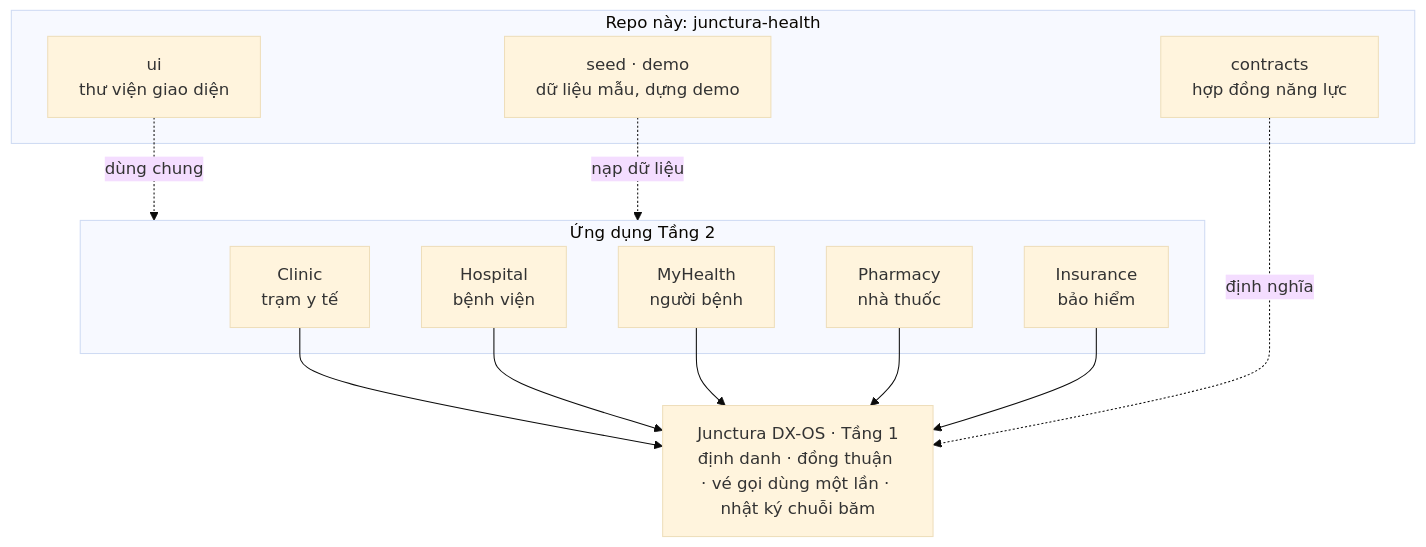
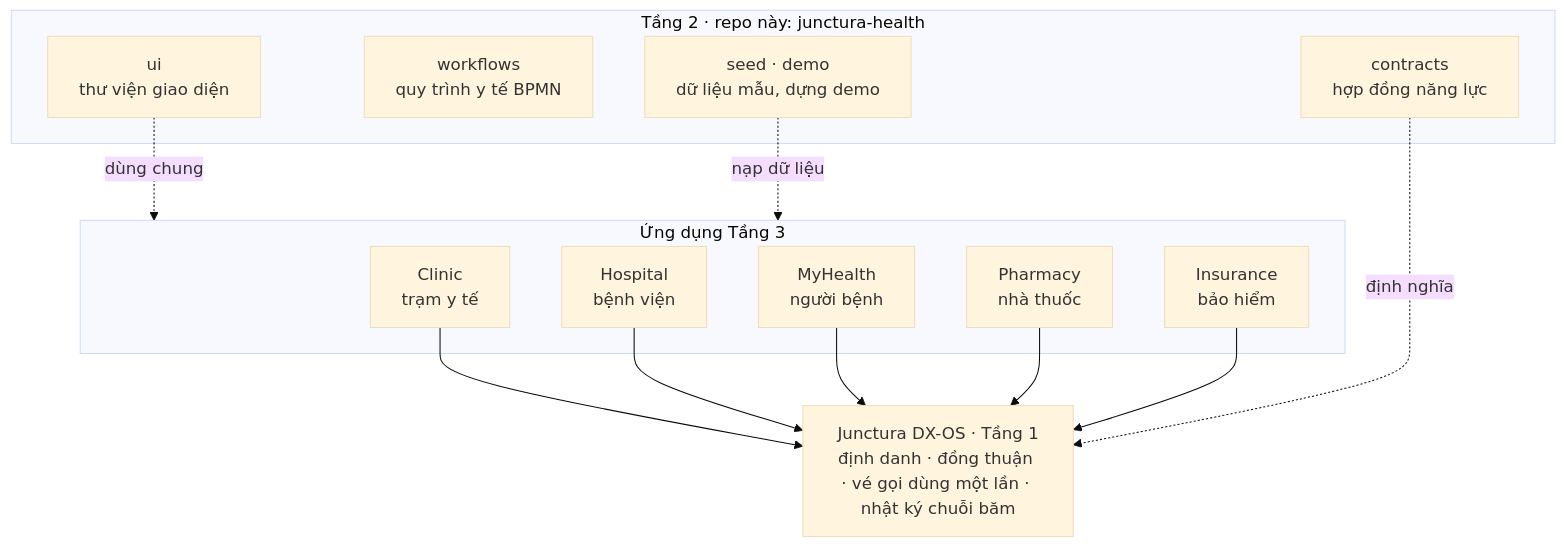
The first of 2 diagrams in README.md (vku2-open-source-2026/junctura-health), drawn with Mermaid (base theme) before and after one commit. The commit also changed other lines of this file and 11 other files, not shown here.

First line of the commit message:
docs: adopt the three-layer model and add shared medical workflows

````diff
--- a/README.md
+++ b/README.md
@@ -56,23 +57,24 @@
 ```mermaid
 flowchart TB
-  subgraph APPS["Ứng dụng Tầng 2"]
+  subgraph APPS["Ứng dụng Tầng 3"]
     CL["Clinic<br/>trạm y tế"]
     HO["Hospital<br/>bệnh viện"]
     MH["MyHealth<br/>người bệnh"]
     PH["Pharmacy<br/>nhà thuốc"]
     IN["Insurance<br/>bảo hiểm"]
   end
 
-  subgraph SHARED["Repo này: junctura-health"]
+  subgraph SHARED["Tầng 2 · repo này: junctura-health"]
     CT["contracts<br/>hợp đồng năng lực"]
+    WF["workflows<br/>quy trình y tế BPMN"]
     UI["ui<br/>thư viện giao diện"]
     SD["seed · demo<br/>dữ liệu mẫu, dựng demo"]
   end
 
   J["Junctura DX-OS · Tầng 1<br/>định danh · đồng thuận · vé gọi dùng một lần · nhật ký chuỗi băm"]
 
   CL & HO & MH & PH & IN --> J
   CT -. định nghĩa .-> J
   UI -. dùng chung .-> APPS
   SD -. nạp dữ liệu .-> APPS
 ```
````
